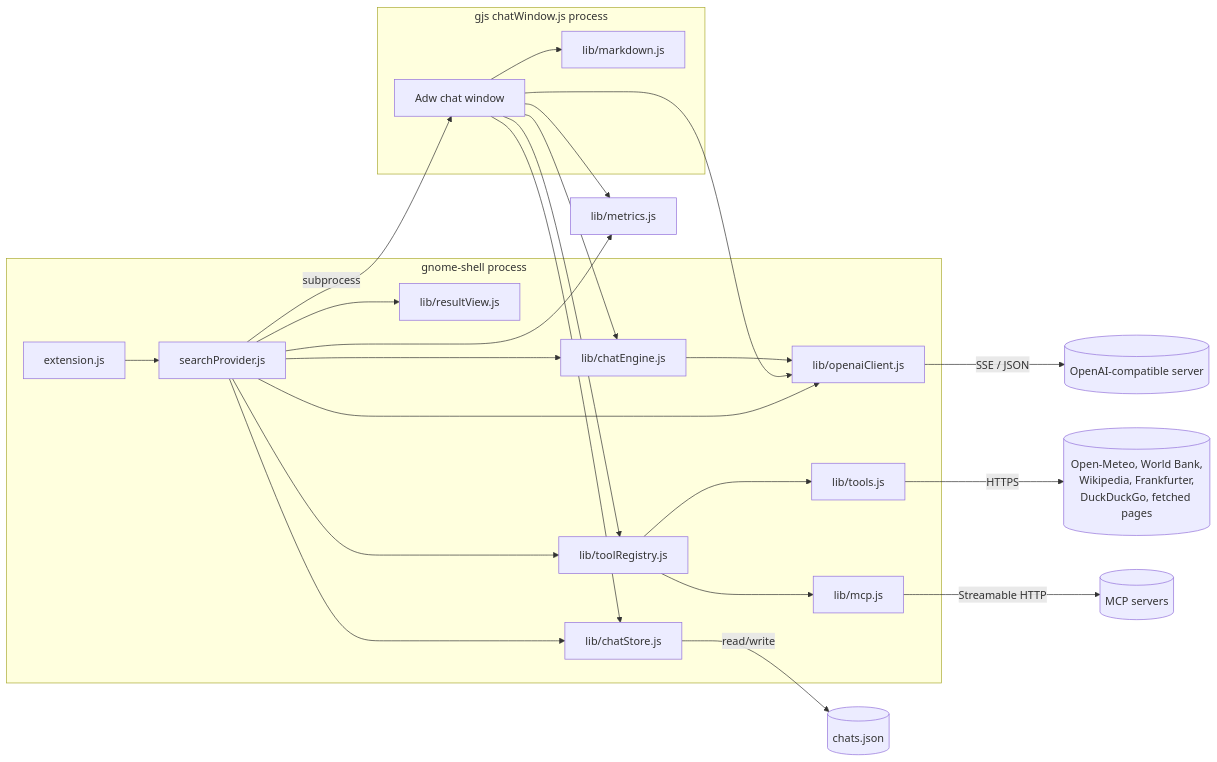
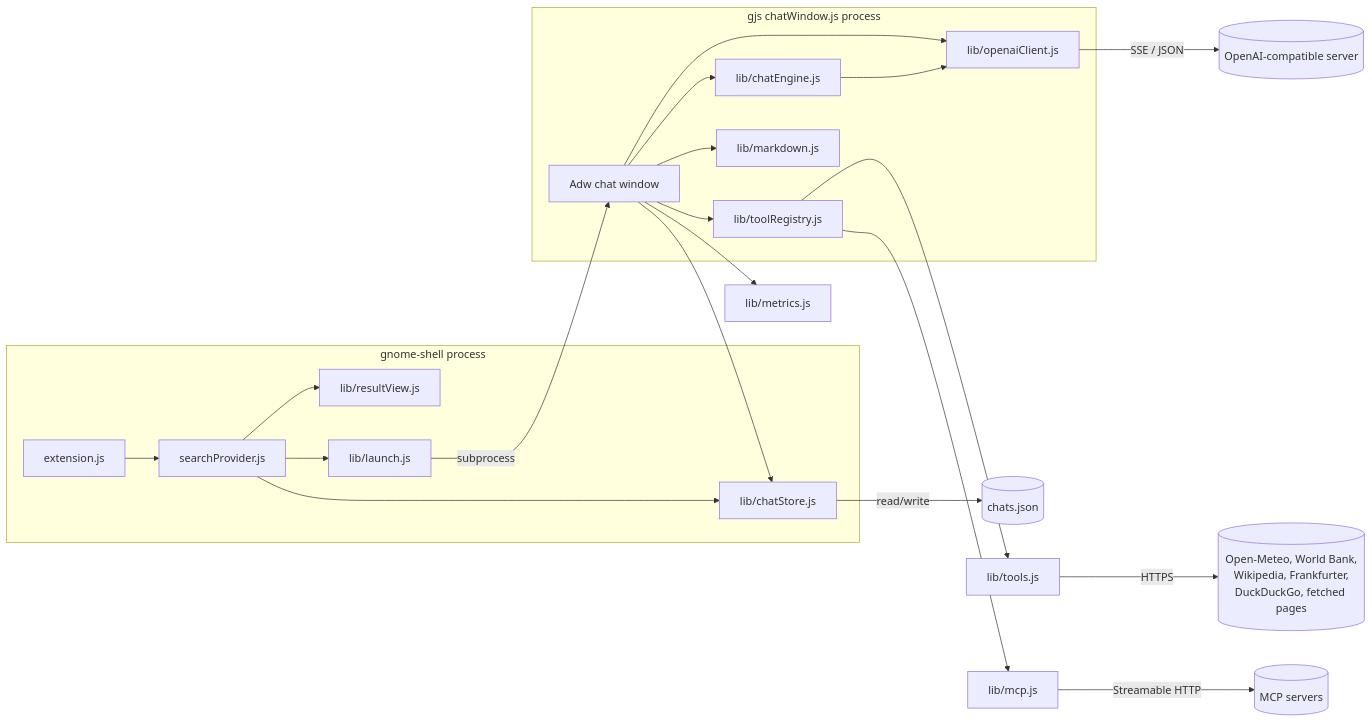
The first of 2 diagrams in docs/ARCHITECTURE.md (alexdlukens/local-ai-search-provider), drawn with Mermaid before and after one commit. The commit also changed other lines of this file and 13 other files, not shown here.

````diff
--- a/docs/ARCHITECTURE.md
+++ b/docs/ARCHITECTURE.md
@@ -12,32 +12,29 @@
 ```mermaid
 flowchart LR
     subgraph Shell["gnome-shell process"]
         EP[extension.js] --> SP[searchProvider.js]
         SP --> RV[lib/resultView.js]
-        SP --> CE[lib/chatEngine.js]
-        SP --> OC[lib/openaiClient.js]
-        SP --> TR[lib/toolRegistry.js]
-        TR --> TL[lib/tools.js]
-        TR --> MC[lib/mcp.js]
         SP --> CS[lib/chatStore.js]
+        SP --> LN[lib/launch.js]
     end
 
     subgraph Chat["gjs chatWindow.js process"]
-        CW[Adw chat window] --> CE
-        CW --> OC
-        CW --> TR
+        CW[Adw chat window] --> CE[lib/chatEngine.js]
+        CW --> OC[lib/openaiClient.js]
+        CW --> TR[lib/toolRegistry.js]
         CW --> CS
         CW --> MD[lib/markdown.js]
     end
 
     MX[lib/metrics.js]
-    SP --> MX
     CW --> MX
 
     CE --> OC
+    TR --> TL[lib/tools.js]
+    TR --> MC[lib/mcp.js]
     OC -->|"SSE / JSON"| MS[(OpenAI-compatible server)]
     TL -->|HTTPS| WEB[(Open-Meteo, World Bank,<br/>Wikipedia, Frankfurter,<br/>DuckDuckGo, fetched pages)]
     MC -->|"Streamable HTTP"| MCP[(MCP servers)]
     CS -->|"read/write"| JSON[(chats.json)]
-    SP -->|"subprocess"| CW
+    LN -->|"subprocess"| CW
 ```
````
